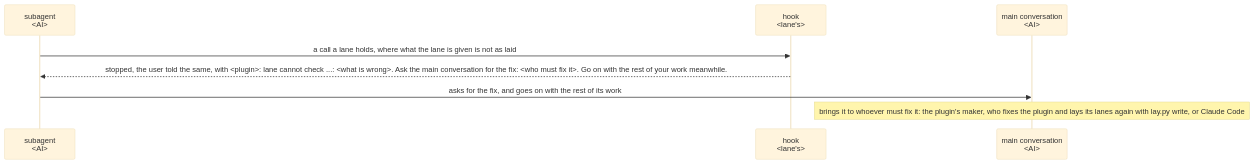
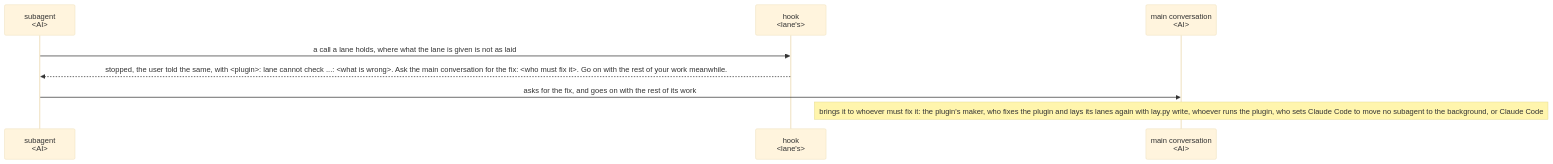
One commit to lovaizu/ccpm changed the fifth of 5 diagrams in dev/lane/ux.md. Above: the diagram before and after it, drawn with Mermaid (base theme). The commit also changed other lines of this file and 8 other files, not shown here.

````diff
--- a/dev/lane/ux.md
+++ b/dev/lane/ux.md
@@ -145,10 +145,10 @@
 ```mermaid
 sequenceDiagram
   participant S as subagent<br/>#lt;AI#gt;
   participant H as hook<br/>#lt;lane's#gt;
   participant M as main conversation<br/>#lt;AI#gt;
   S->>H: a call a lane holds, where what the lane is given is not as laid
   H-->>S: stopped, the user told the same, with #lt;plugin#gt;: lane cannot check ...: #lt;what is wrong#gt;. Ask the main conversation for the fix: #lt;who must fix it#gt;. Go on with the rest of your work meanwhile.
   S->>M: asks for the fix, and goes on with the rest of its work
-  Note over M: brings it to whoever must fix it: the plugin's maker, who fixes the plugin and lays its lanes again with lay.py write, or Claude Code
+  Note over M: brings it to whoever must fix it: the plugin's maker, who fixes the plugin and lays its lanes again with lay.py write, whoever runs the plugin, who sets Claude Code to move no subagent to the background, or Claude Code
 ```
````
